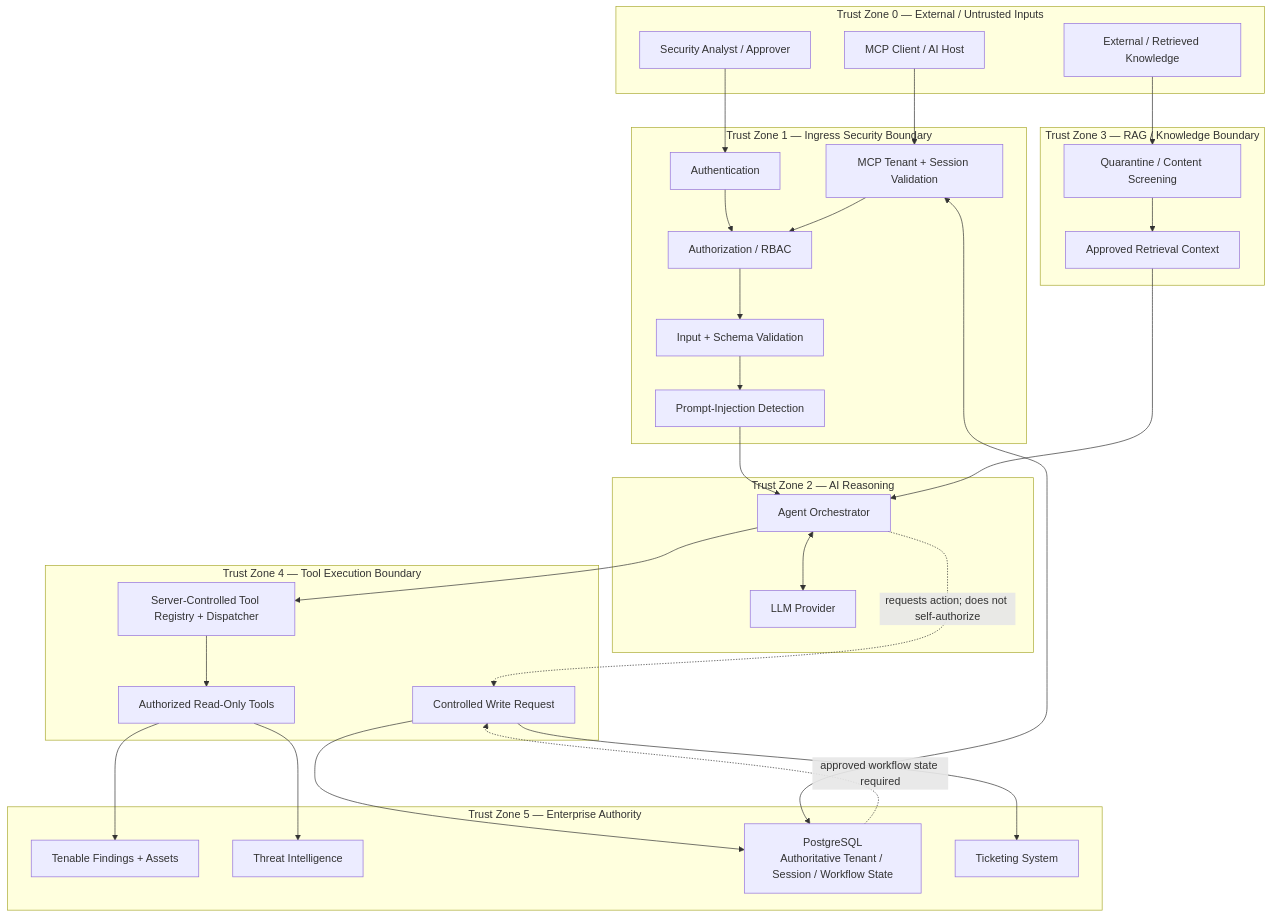
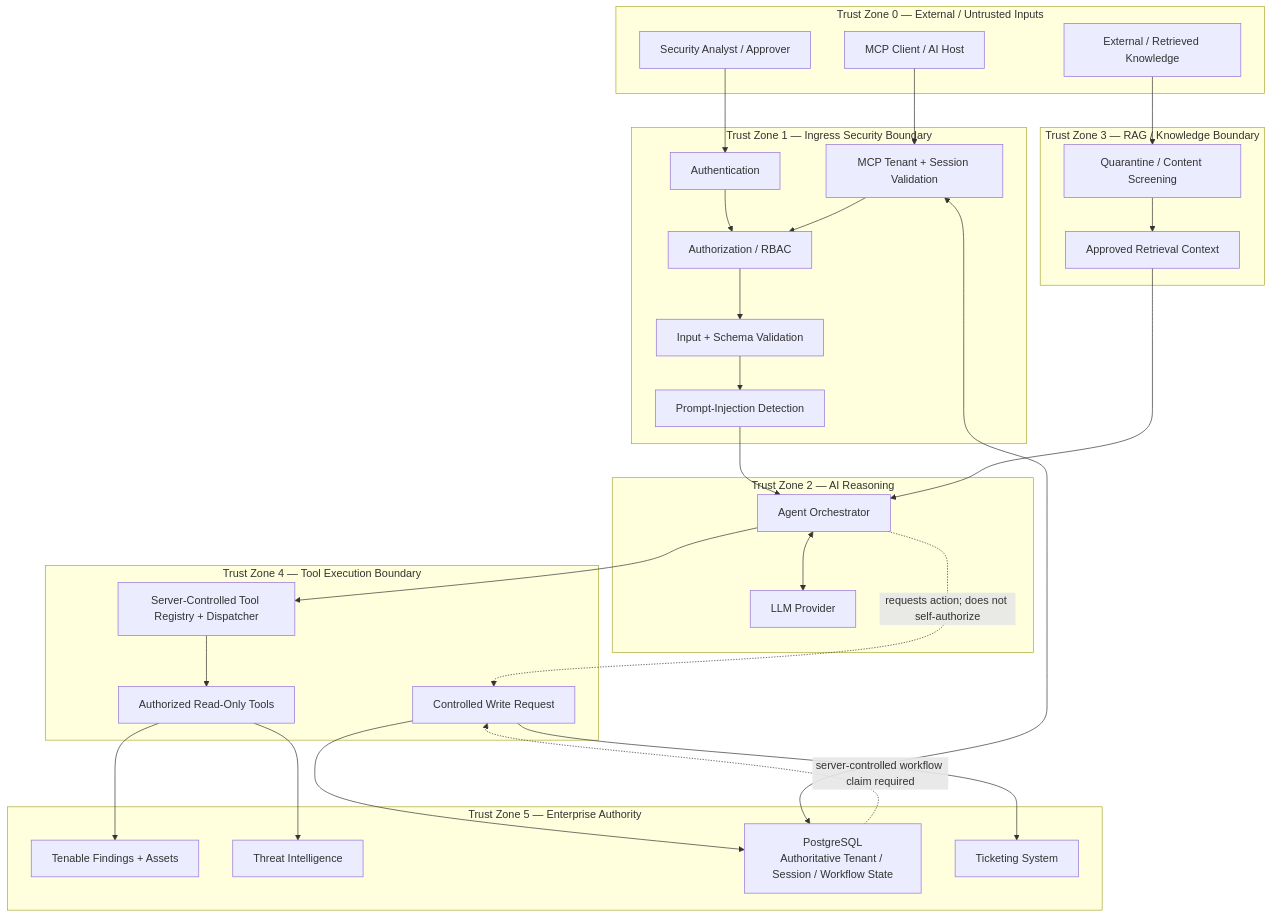
The second of 6 diagrams in docs/architecture.md (shabaaz3000-oss/vm-ai-agent), drawn with Mermaid before and after one commit. The commit also changed other lines of this file and 2 other files, not shown here.

Commit message:
Document production workflow execution authority

````diff
--- a/docs/architecture.md
+++ b/docs/architecture.md
@@ -99,68 +99,68 @@
 ```mermaid
 flowchart TB
 
     subgraph U["Trust Zone 0 — External / Untrusted Inputs"]
         USER["Security Analyst / Approver"]
         MCPCLIENT["MCP Client / AI Host"]
         EXTKNOW["External / Retrieved Knowledge"]
     end
 
     subgraph I["Trust Zone 1 — Ingress Security Boundary"]
         AUTHN["Authentication"]
         AUTHZ["Authorization / RBAC"]
         VALIDATE["Input + Schema Validation"]
         INJECTION["Prompt-Injection Detection"]
         MCPAUTH["MCP Tenant + Session Validation"]
     end
 
     subgraph A["Trust Zone 2 — AI Reasoning"]
         ORCH["Agent Orchestrator"]
         LLM["LLM Provider"]
     end
 
     subgraph R["Trust Zone 3 — RAG / Knowledge Boundary"]
         QUARANTINE["Quarantine / Content Screening"]
         TRUSTEDKB["Approved Retrieval Context"]
     end
 
     subgraph T["Trust Zone 4 — Tool Execution Boundary"]
         DISPATCH["Server-Controlled Tool Registry + Dispatcher"]
         READTOOLS["Authorized Read-Only Tools"]
         WRITEREQ["Controlled Write Request"]
     end
 
     subgraph E["Trust Zone 5 — Enterprise Authority"]
         TENABLE["Tenable Findings + Assets"]
         THREAT["Threat Intelligence"]
         POSTGRES["PostgreSQL<br/>Authoritative Tenant / Session / Workflow State"]
         TICKETING["Ticketing System"]
     end
 
     USER --> AUTHN
     MCPCLIENT --> MCPAUTH
 
     AUTHN --> AUTHZ
     MCPAUTH --> AUTHZ
     AUTHZ --> VALIDATE
     VALIDATE --> INJECTION
     INJECTION --> ORCH
 
     EXTKNOW --> QUARANTINE
     QUARANTINE --> TRUSTEDKB
     TRUSTEDKB --> ORCH
 
     ORCH <--> LLM
 
     ORCH --> DISPATCH
     DISPATCH --> READTOOLS
 
     READTOOLS --> TENABLE
     READTOOLS --> THREAT
 
     ORCH -. "requests action; does not self-authorize" .-> WRITEREQ
     WRITEREQ --> POSTGRES
-    POSTGRES -. "approved workflow state required" .-> WRITEREQ
+    POSTGRES -. "server-controlled workflow claim required" .-> WRITEREQ
     WRITEREQ --> TICKETING
 
     MCPAUTH <--> POSTGRES
 ```
````
